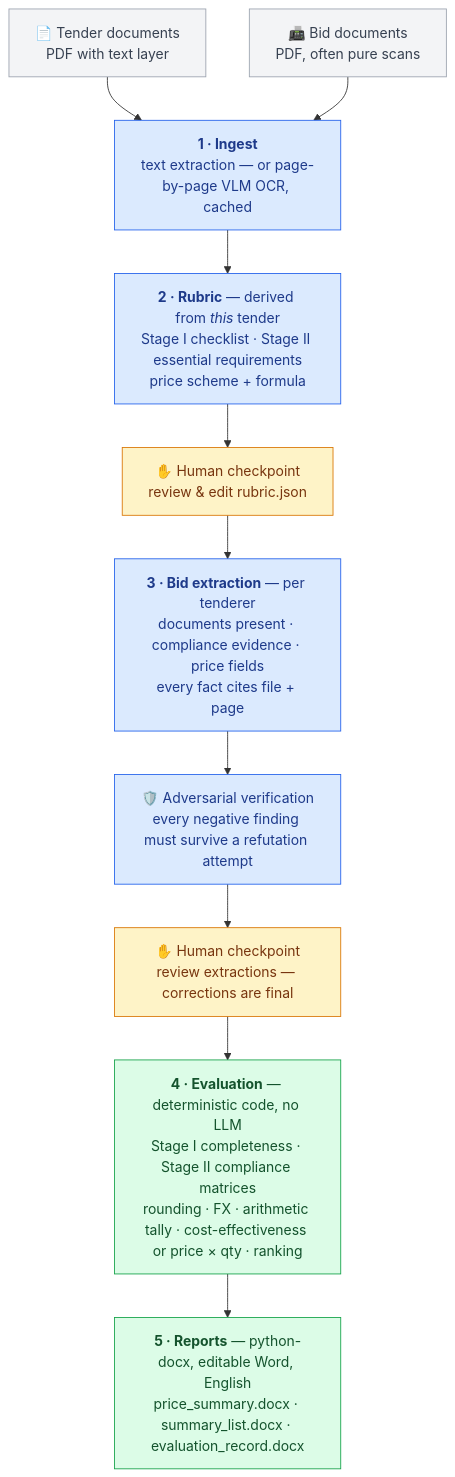
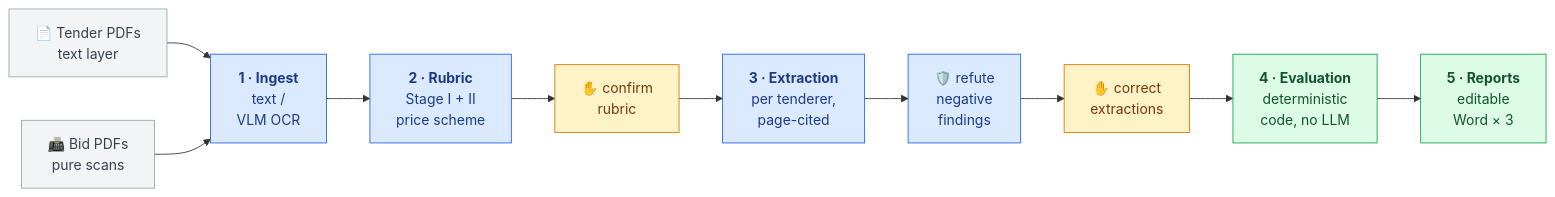
The diagram in README.md (tender-eval-ai/tender-evaluation-assistant), drawn with Mermaid before and after one commit. The commit also changed other lines of this file, not shown here.

Commit message:
README: make pipeline flowchart horizontal and compact

````diff
--- a/README.md
+++ b/README.md
@@ -18,25 +18,25 @@
 ```mermaid
-flowchart TD
-    T["📄 Tender documents<br/>PDF with text layer"] --> ING
-    B["📠 Bid documents<br/>PDF, often pure scans"] --> ING
+flowchart LR
+    T["📄 Tender PDFs<br/>text layer"] --> ING
+    B["📠 Bid PDFs<br/>pure scans"] --> ING
 
-    ING["<b>1 · Ingest</b><br/>text extraction — or page-by-page VLM OCR, cached"]
-    RUB["<b>2 · Rubric</b> — derived from <i>this</i> tender<br/>Stage I checklist · Stage II essential requirements<br/>price scheme + formula"]
-    HC1["✋ Human checkpoint<br/>review &amp; edit rubric.json"]
-    EXT["<b>3 · Bid extraction</b> — per tenderer<br/>documents present · compliance evidence · price fields<br/>every fact cites file + page"]
-    VER["🛡️ Adversarial verification<br/>every negative finding must survive a refutation attempt"]
-    HC2["✋ Human checkpoint<br/>review extractions — corrections are final"]
-    EVA["<b>4 · Evaluation</b> — deterministic code, no LLM<br/>Stage I completeness · Stage II compliance matrices<br/>rounding · FX · arithmetic tally · cost-effectiveness or price × qty · ranking"]
-    REP["<b>5 · Reports</b> — python-docx, editable Word, English<br/>price_summary.docx · summary_list.docx · evaluation_record.docx"]
+    ING["<b>1 · Ingest</b><br/>text /<br/>VLM OCR"]
+    RUB["<b>2 · Rubric</b><br/>Stage I + II<br/>price scheme"]
+    HC1["✋ confirm<br/>rubric"]
+    EXT["<b>3 · Extraction</b><br/>per tenderer,<br/>page-cited"]
+    VER["🛡️ refute<br/>negative<br/>findings"]
+    HC2["✋ correct<br/>extractions"]
+    EVA["<b>4 · Evaluation</b><br/>deterministic<br/>code, no LLM"]
+    REP["<b>5 · Reports</b><br/>editable<br/>Word × 3"]
 
     ING --> RUB --> HC1 --> EXT --> VER --> HC2 --> EVA --> REP
 
     classDef llm fill:#dbeafe,stroke:#2563eb,color:#1e3a8a
     classDef code fill:#dcfce7,stroke:#16a34a,color:#14532d
     classDef human fill:#fef3c7,stroke:#d97706,color:#78350f
     classDef docs fill:#f3f4f6,stroke:#9ca3af,color:#374151
     class T,B docs
     class ING,RUB,EXT,VER llm
     class HC1,HC2 human
     class EVA,REP code
 ```
````
